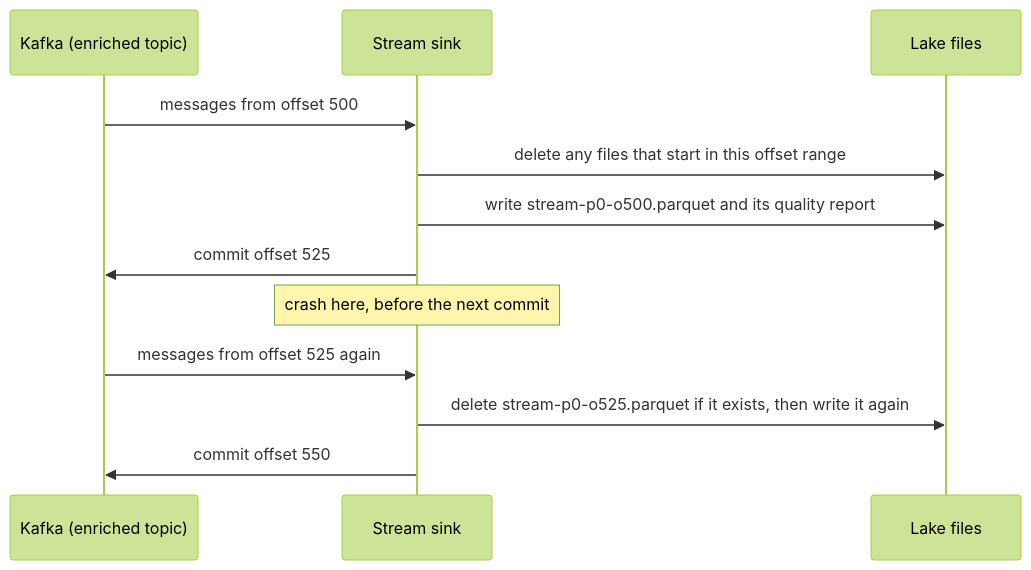
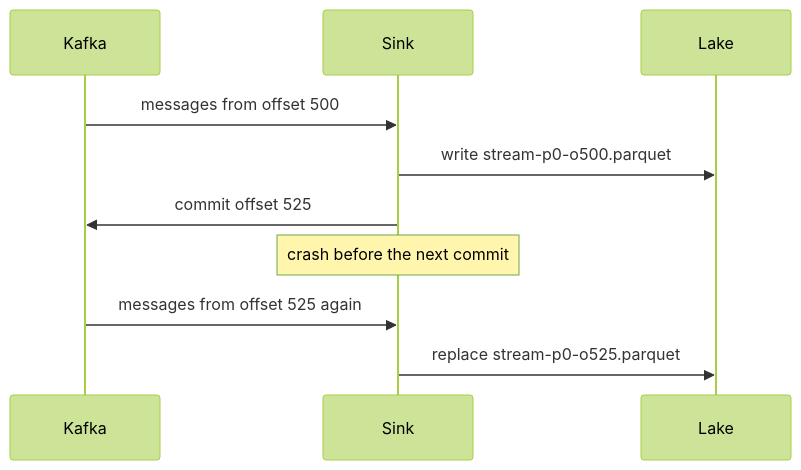
Before and after one commit to thaitri2005/BlockPulse: the diagram in docs/guides/12-streaming-lake-and-metrics.md, drawn with Mermaid (forest theme). The commit also changed other lines of this file and 4 other files, not shown here.

Commit message:
docs: shorter README with compact diagrams and smaller figures

````diff
--- a/docs/guides/12-streaming-lake-and-metrics.md
+++ b/docs/guides/12-streaming-lake-and-metrics.md
@@ -33,14 +33,12 @@
 ```mermaid
 sequenceDiagram
-    participant K as Kafka (enriched topic)
-    participant S as Stream sink
-    participant L as Lake files
+    participant K as Kafka
+    participant S as Sink
+    participant L as Lake
     K->>S: messages from offset 500
-    S->>L: delete any files that start in this offset range
-    S->>L: write stream-p0-o500.parquet and its quality report
+    S->>L: write stream-p0-o500.parquet
     S->>K: commit offset 525
-    Note over S: crash here, before the next commit
+    Note over S: crash before the next commit
     K->>S: messages from offset 525 again
-    S->>L: delete stream-p0-o525.parquet if it exists, then write it again
-    S->>K: commit offset 550
+    S->>L: replace stream-p0-o525.parquet
 ```
````
